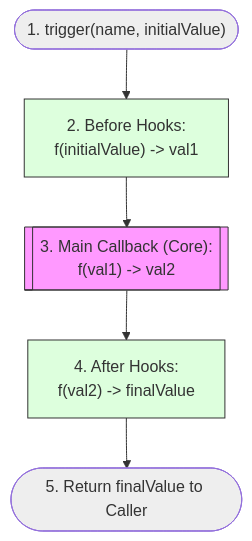
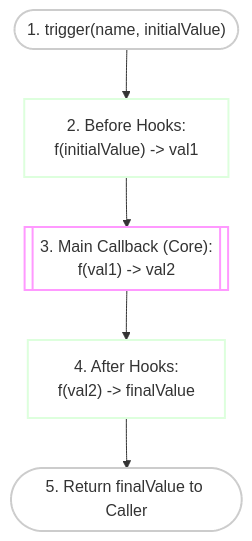
One commit to izure1/dataply changed the first of 2 diagrams in docs/extension.md. Above: the diagram before and after it, drawn with Mermaid. The commit also changed other lines of this file and 2 other files, not shown here.

Commit message:
docs: 예시 업데이트

````diff
--- a/docs/extension.md
+++ b/docs/extension.md
@@ -19,13 +19,13 @@
 ```mermaid
 graph TD
     Start(["1. trigger(name, initialValue)"]) --> Before["2. Before Hooks:<br/>f(initialValue) -> val1"]
     Before --> Main[["3. Main Callback (Core):<br/>f(val1) -> val2"]]
     Main --> After["4. After Hooks:<br/>f(val2) -> finalValue"]
     After --> End(["5. Return finalValue to Caller"])
 
-    style Main fill:#f9f,stroke:#333
-    style Before fill:#dfd,stroke:#333
-    style After fill:#dfd,stroke:#333
-    style Start fill:#eee
-    style End fill:#eee
+    style Main fill:none,stroke:#f9f,stroke-width:2px
+    style Before fill:none,stroke:#dfd,stroke-width:2px
+    style After fill:none,stroke:#dfd,stroke-width:2px
+    style Start fill:none,stroke:#ccc,stroke-width:2px
+    style End fill:none,stroke:#ccc,stroke-width:2px
 ```
````
